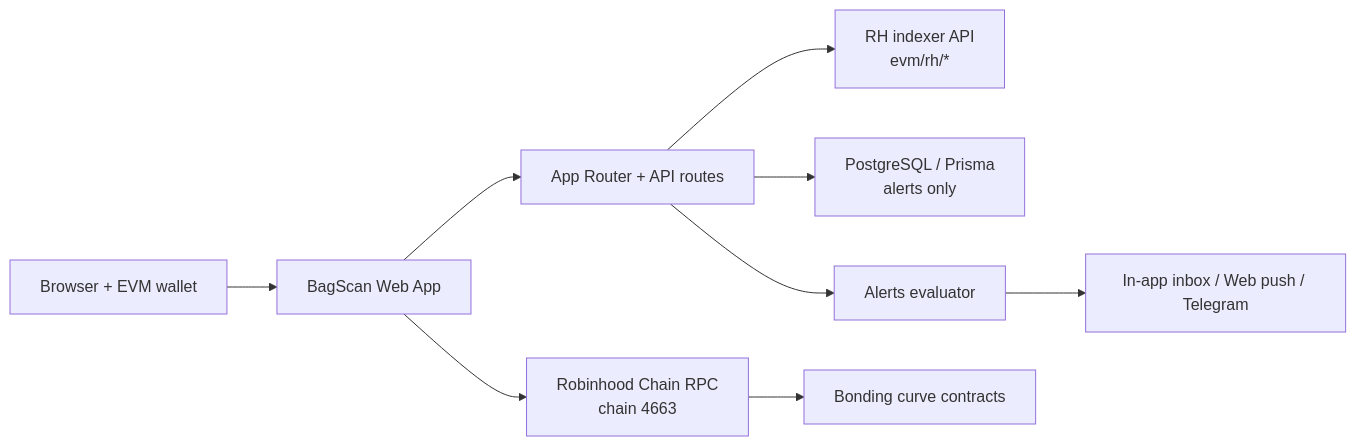
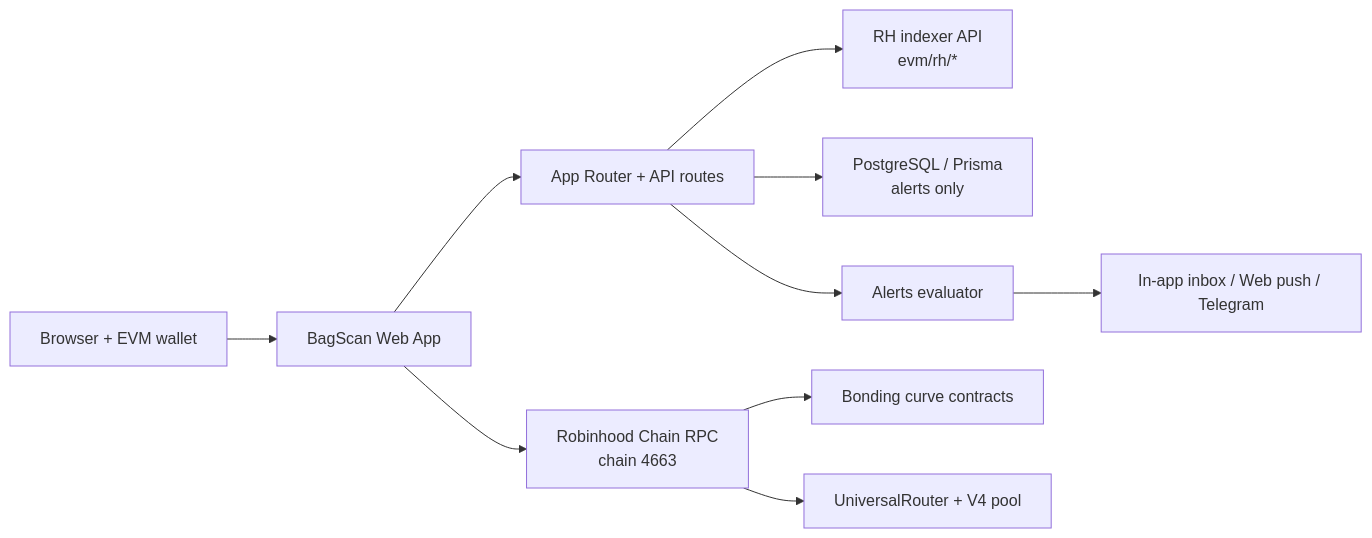
One commit to nrlartt/bagscan changed the first of 3 diagrams in README.md. Above: the diagram before and after it, drawn with Mermaid. The commit also changed other lines of this file and 7 other files, not shown here.

````diff
--- a/README.md
+++ b/README.md
@@ -41,11 +41,12 @@
 ```mermaid
 flowchart LR
     U[Browser + EVM wallet] --> W[BagScan Web App]
     W --> A[App Router + API routes]
     A --> B[RH indexer API<br/>evm/rh/*]
     A --> E[PostgreSQL / Prisma<br/>alerts only]
     W --> R[Robinhood Chain RPC<br/>chain 4663]
     R --> C[Bonding curve contracts]
+    R --> P[UniversalRouter + V4 pool]
     A --> F[Alerts evaluator]
     F --> G[In-app inbox / Web push / Telegram]
 ```
````
